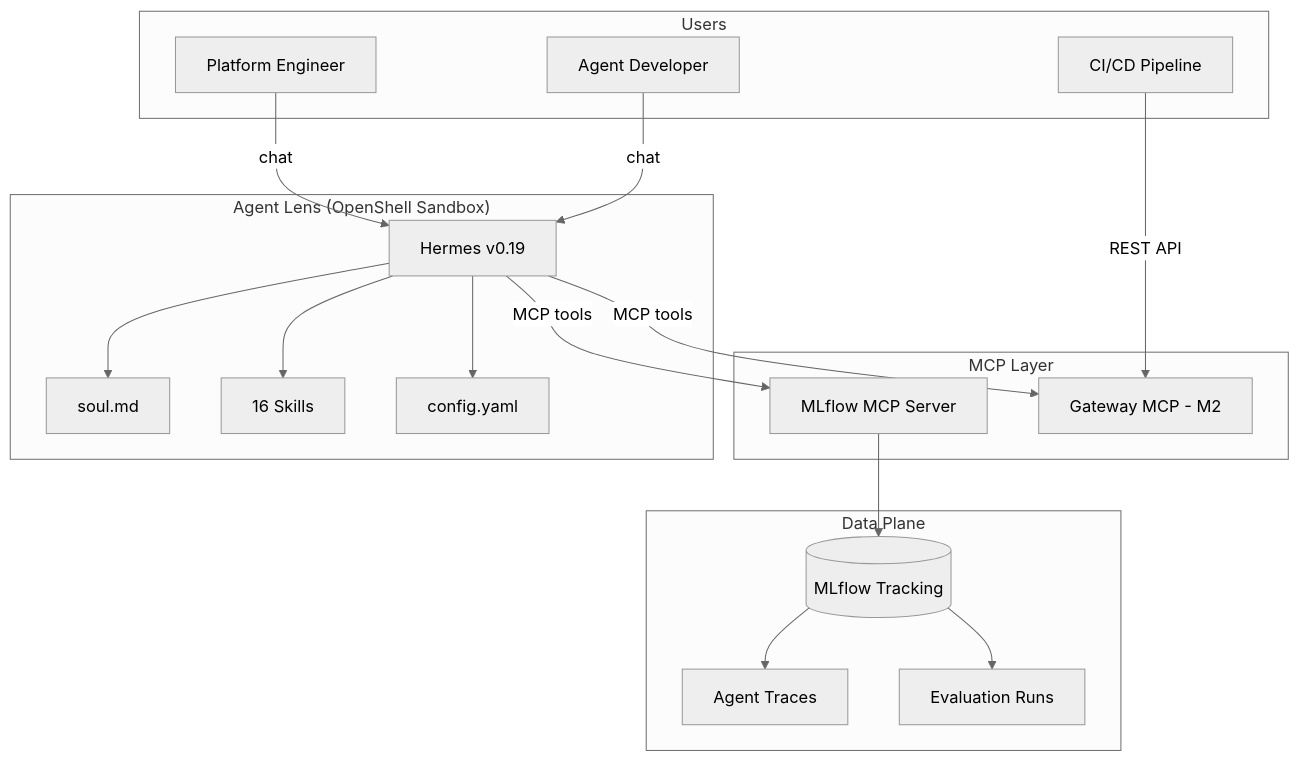
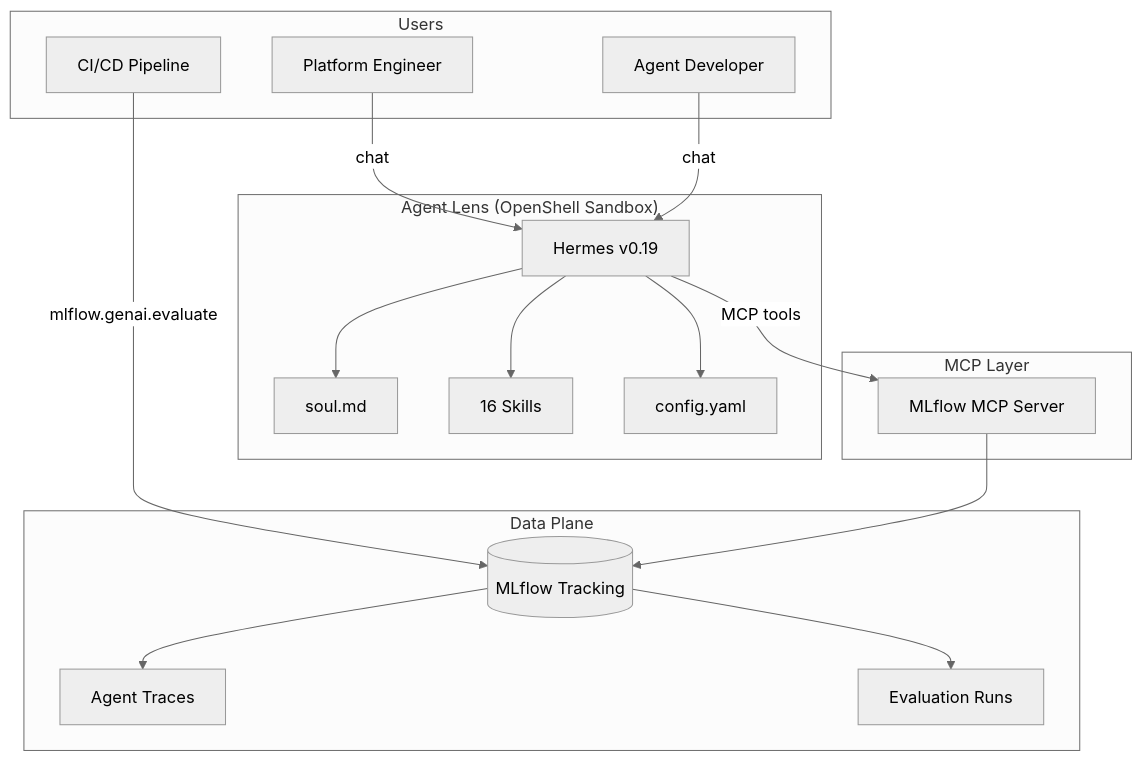
The first of 2 diagrams in docs-site/docs/architecture.md (rrbanda/agent-lens), drawn with Mermaid before and after one commit. The commit also changed other lines of this file and 11 other files, not shown here.

First line of the commit message:
refactor: drop custom Gateway, leverage MLflow AI Gateway instead

````diff
--- a/docs-site/docs/architecture.md
+++ b/docs-site/docs/architecture.md
@@ -10,41 +10,39 @@
 ```mermaid
 %%{init: {'theme': 'neutral'}}%%
 graph TB
     subgraph Users
         PE[Platform Engineer]
         DEV[Agent Developer]
         CICD[CI/CD Pipeline]
     end
     
     subgraph AgentLens["Agent Lens (OpenShell Sandbox)"]
         Hermes[Hermes v0.19]
         Soul[soul.md]
         Skills[16 Skills]
         Config[config.yaml]
     end
     
     subgraph MCP["MCP Layer"]
         MLflowMCP[MLflow MCP Server]
-        GatewayMCP[Gateway MCP - M2]
     end
     
     subgraph Data["Data Plane"]
         MLflow[(MLflow Tracking)]
         Traces[Agent Traces]
         Evals[Evaluation Runs]
     end
     
     PE -->|chat| Hermes
     DEV -->|chat| Hermes
-    CICD -->|REST API| GatewayMCP
+    CICD -->|mlflow.genai.evaluate| MLflow
     
     Hermes --> Soul
     Hermes --> Skills
     Hermes --> Config
     Hermes -->|MCP tools| MLflowMCP
-    Hermes -->|MCP tools| GatewayMCP
     
     MLflowMCP --> MLflow
     MLflow --> Traces
     MLflow --> Evals
 ```
````
